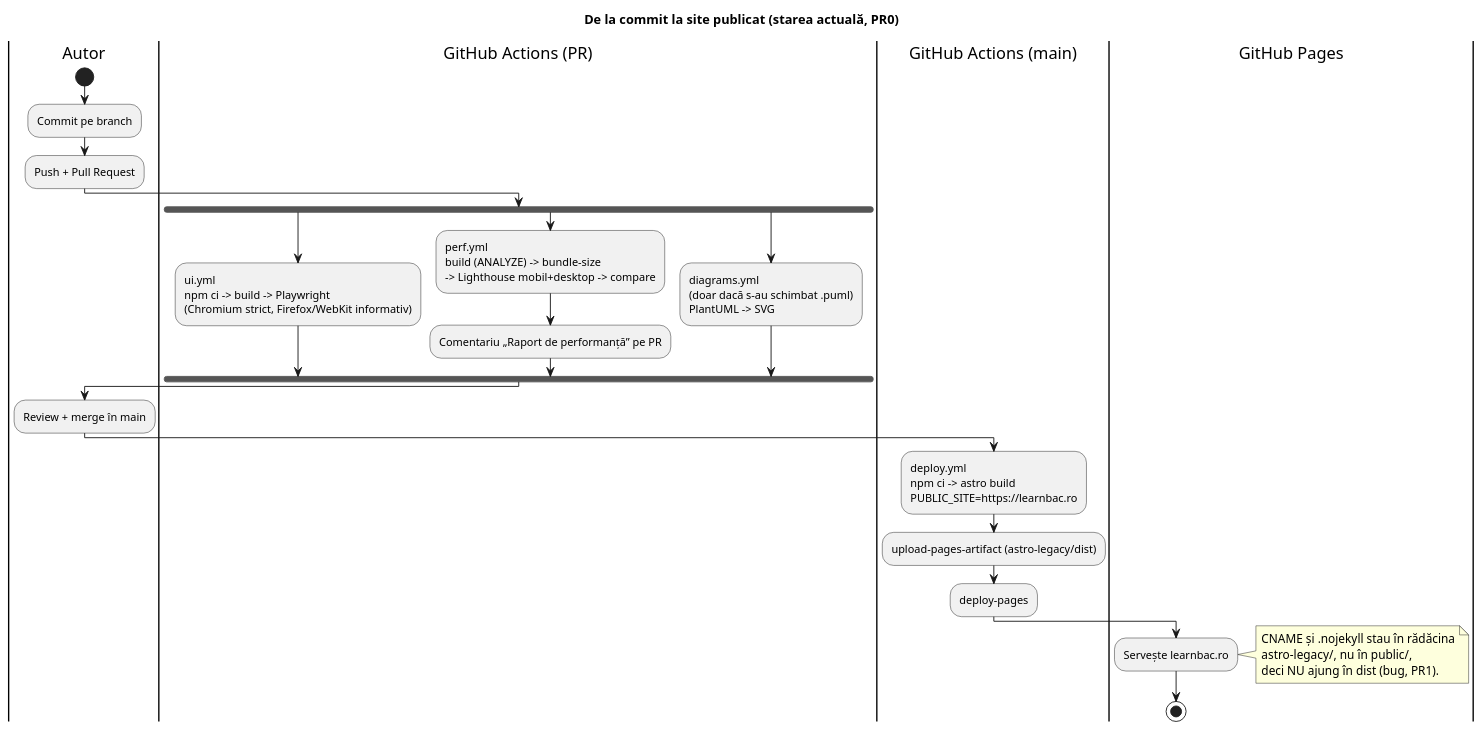
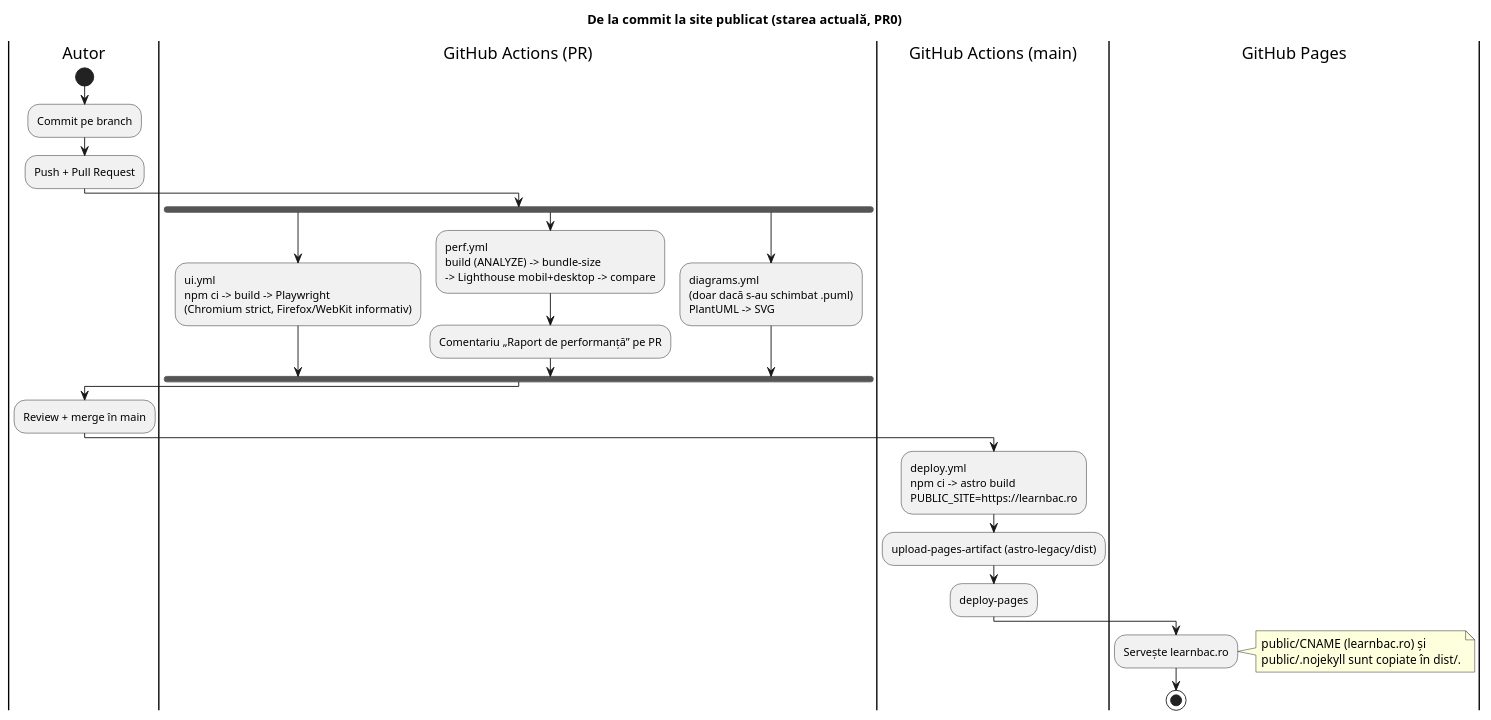
The diagram in astro-legacy/docs/architecture/diagrams/build-deploy.puml (cristi197/Complexitate-Algoritmi), drawn with PlantUML before and after one commit. The commit also changed 54 other files, not shown here.

```diff
--- a/astro-legacy/docs/architecture/diagrams/build-deploy.puml
+++ b/astro-legacy/docs/architecture/diagrams/build-deploy.puml
@@ -1,31 +1,30 @@
 @startuml build-deploy
 title De la commit la site publicat (starea actuală, PR0)
 
 |Autor|
 start
 :Commit pe branch;
 :Push + Pull Request;
 |GitHub Actions (PR)|
 fork
   :ui.yml\nnpm ci -> build -> Playwright\n(Chromium strict, Firefox/WebKit informativ);
 fork again
   :perf.yml\nbuild (ANALYZE) -> bundle-size\n-> Lighthouse mobil+desktop -> compare;
   :Comentariu „Raport de performanță” pe PR;
 fork again
   :diagrams.yml\n(doar dacă s-au schimbat .puml)\nPlantUML -> SVG;
 end fork
 |Autor|
 :Review + merge în main;
 |GitHub Actions (main)|
 :deploy.yml\nnpm ci -> astro build\nPUBLIC_SITE=https://learnbac.ro;
 :upload-pages-artifact (astro-legacy/dist);
 :deploy-pages;
 |GitHub Pages|
 :Servește learnbac.ro;
 note right
-  CNAME și .nojekyll stau în rădăcina
-  astro-legacy/, nu în public/,
-  deci NU ajung în dist (bug, PR1).
+  public/CNAME (learnbac.ro) și
+  public/.nojekyll sunt copiate în dist/.
 end note
 stop
 @enduml
```
